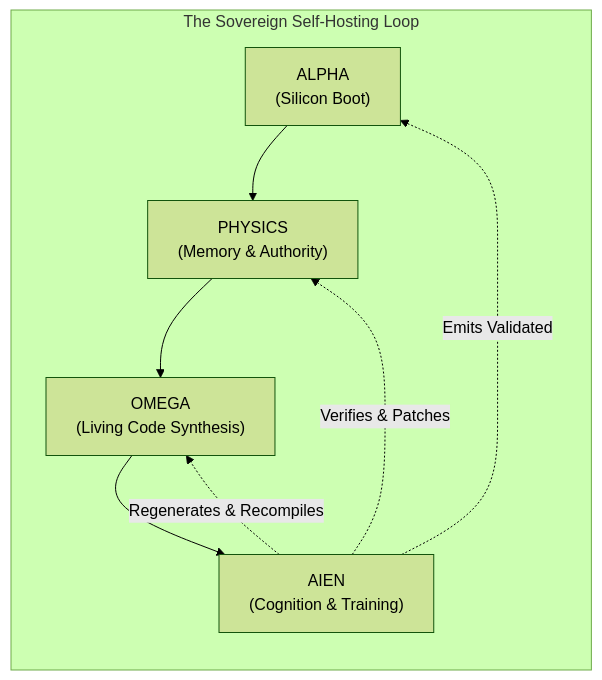
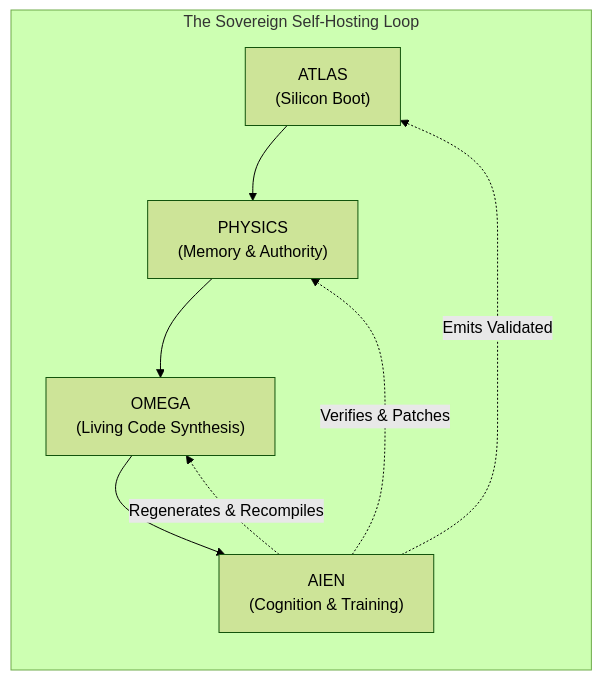
Before and after one commit to aien-dev/aien-architecture: the diagram in doctrine/SOVEREIGNTY.md, drawn with Mermaid (forest theme). The commit also changed other lines of this file and 5 other files, not shown here.

Commit message:
docs(doctrine): execute semantic rename of Alpha to Atlas and update Milestone 1 status to COMPLETE / QEMU QUALIFIED

````diff
--- a/doctrine/SOVEREIGNTY.md
+++ b/doctrine/SOVEREIGNTY.md
@@ -112,11 +112,11 @@
 ```mermaid
 flowchart LR
     subgraph SELF_HOSTING_LOOP [The Sovereign Self-Hosting Loop]
-        ALPHA["ALPHA<br/>(Silicon Boot)"] --> PHYSICS["PHYSICS<br/>(Memory & Authority)"]
+        ATLAS["ATLAS<br/>(Silicon Boot)"] --> PHYSICS["PHYSICS<br/>(Memory & Authority)"]
         PHYSICS --> OMEGA["OMEGA<br/>(Living Code Synthesis)"]
         OMEGA --> AIEN["AIEN<br/>(Cognition & Training)"]
         AIEN -.->|"Regenerates & Recompiles"| OMEGA
         AIEN -.->|"Verifies & Patches"| PHYSICS
-        AIEN -.->|"Emits Validated"| ALPHA
+        AIEN -.->|"Emits Validated"| ATLAS
     end
 ```
````
